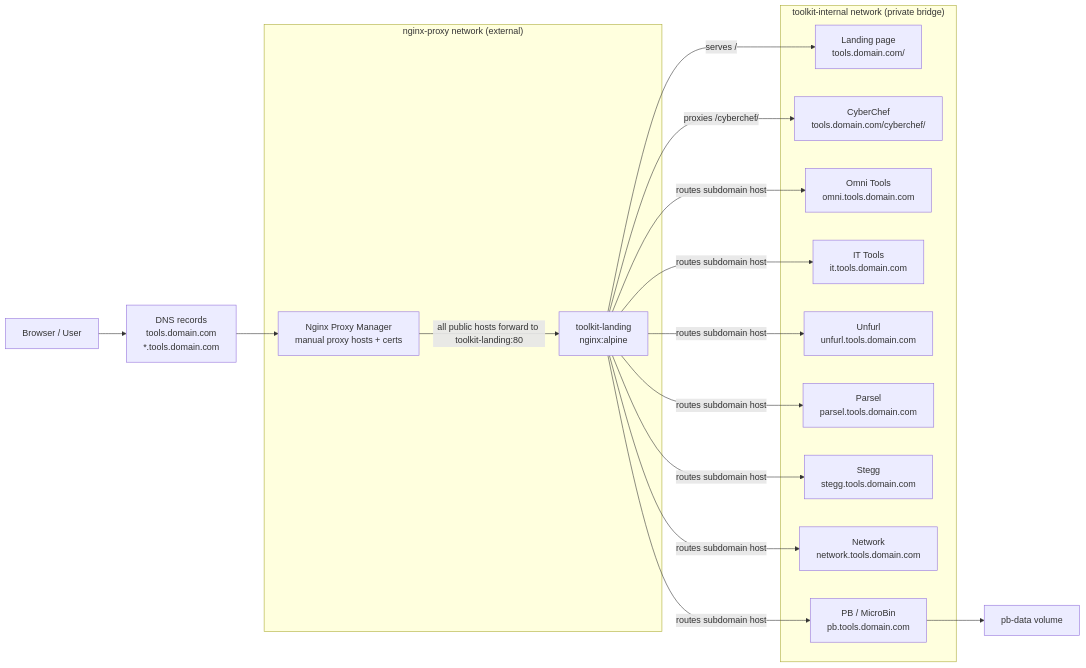
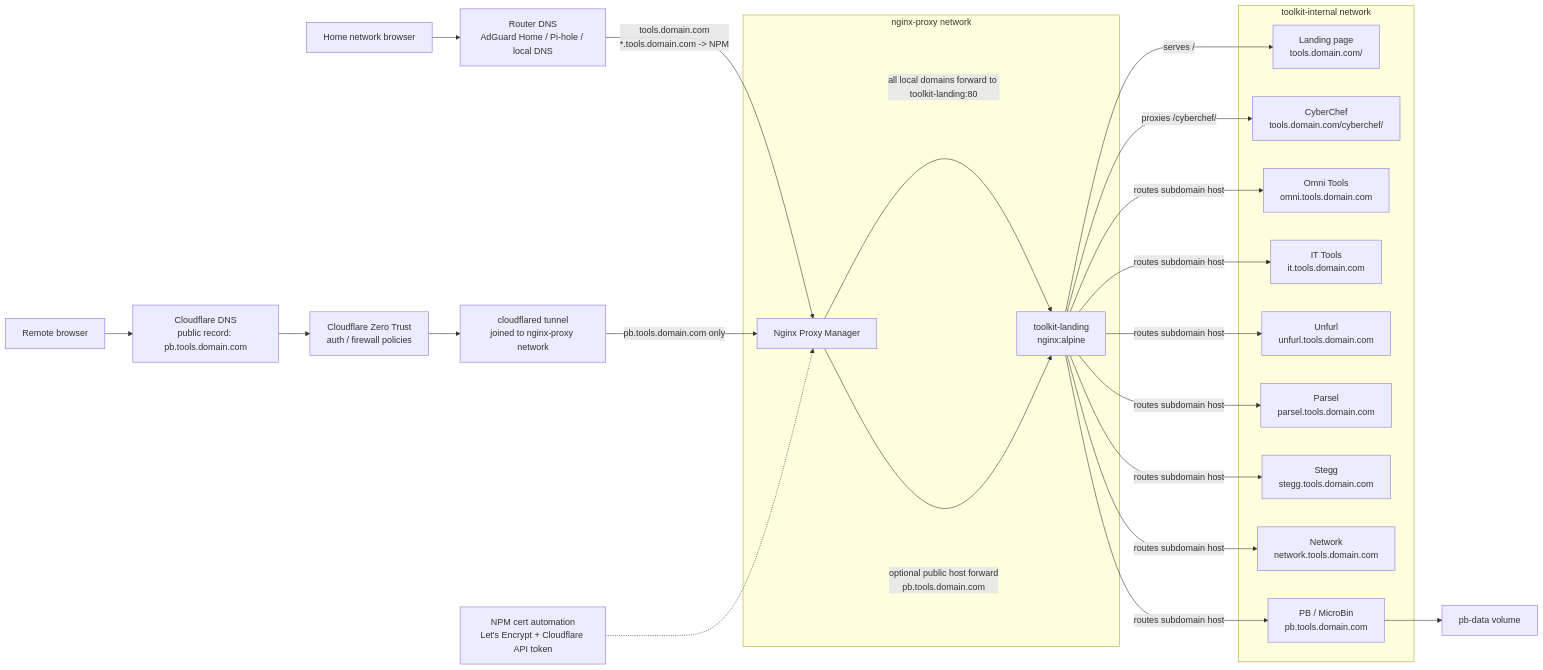
Before and after one commit to nate-griff/everything-toolkit: the diagram in README.md, drawn with Mermaid. The commit also changed other lines of this file, not shown here.

Commit message:
Update diagram to show both public and local routing workflows

````diff
--- a/README.md
+++ b/README.md
@@ -120,36 +120,44 @@
 ```mermaid
 flowchart LR
-    User["Browser / User"] --> DNS["DNS records<br/>tools.domain.com<br/>*.tools.domain.com"]
+    LocalUser["Home network browser"] --> LocalDNS["Router DNS<br/>AdGuard Home / Pi-hole / local DNS"]
+    LocalDNS -->|"tools.domain.com<br/>*.tools.domain.com -> NPM"| NPM
 
-    subgraph Proxy["nginx-proxy network (external)"]
-        NPM["Nginx Proxy Manager<br/>manual proxy hosts + certs"]
+    RemoteUser["Remote browser"] --> CFDNS["Cloudflare DNS<br/>public record: pb.tools.domain.com"]
+    CFDNS --> ZT["Cloudflare Zero Trust<br/>auth / firewall policies"]
+    ZT --> Tunnel["cloudflared tunnel<br/>joined to nginx-proxy network"]
+    Tunnel -->|"pb.tools.domain.com only"| NPM
+
+    NPMCert["NPM cert automation<br/>Let's Encrypt + Cloudflare API token"] -.-> NPM
+
+    subgraph Proxy["nginx-proxy network"]
+        NPM["Nginx Proxy Manager"]
         Landing["toolkit-landing<br/>nginx:alpine"]
     end
 
-    subgraph Internal["toolkit-internal network (private bridge)"]
+    subgraph Internal["toolkit-internal network"]
         Root["Landing page<br/>tools.domain.com/"]
         CyberChef["CyberChef<br/>tools.domain.com/cyberchef/"]
         Omni["Omni Tools<br/>omni.tools.domain.com"]
         IT["IT Tools<br/>it.tools.domain.com"]
         Unfurl["Unfurl<br/>unfurl.tools.domain.com"]
         Parsel["Parsel<br/>parsel.tools.domain.com"]
         Stegg["Stegg<br/>stegg.tools.domain.com"]
         Network["Network<br/>network.tools.domain.com"]
         PB["PB / MicroBin<br/>pb.tools.domain.com"]
     end
 
-    DNS --> NPM
-    NPM -->|"all public hosts forward to toolkit-landing:80"| Landing
+    NPM -->|"all local domains forward to toolkit-landing:80"| Landing
+    NPM -->|"optional public host forward<br/>pb.tools.domain.com"| Landing
 
     Landing -->|"serves /"| Root
     Landing -->|"proxies /cyberchef/"| CyberChef
     Landing -->|"routes subdomain host"| Omni
     Landing -->|"routes subdomain host"| IT
     Landing -->|"routes subdomain host"| Unfurl
     Landing -->|"routes subdomain host"| Parsel
     Landing -->|"routes subdomain host"| Stegg
     Landing -->|"routes subdomain host"| Network
     Landing -->|"routes subdomain host"| PB
 
     PB --> PBData["pb-data volume"]
 ```
````
